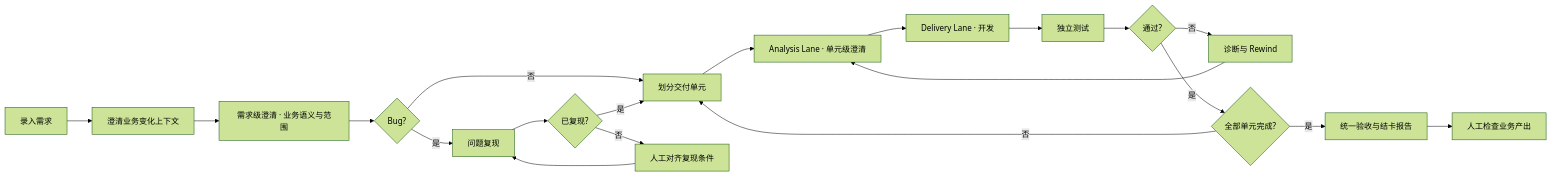
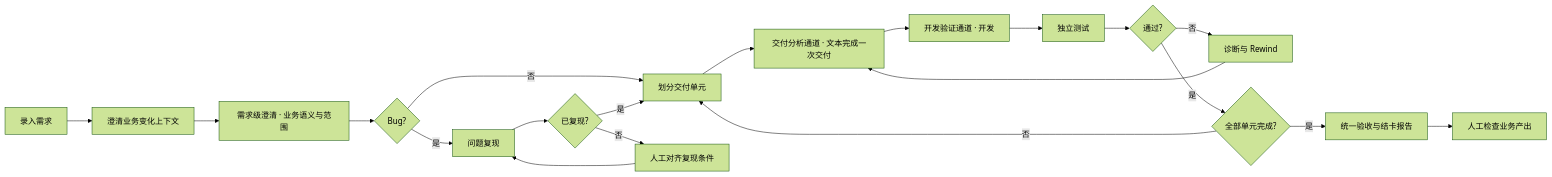
Before and after one commit to InspireChina/ai4se-loop-workflow: the diagram in README.md, drawn with Mermaid (forest theme). The commit also changed other lines of this file and 55 other files, not shown here.

````diff
--- a/README.md
+++ b/README.md
@@ -20,22 +20,22 @@
 ```mermaid
 flowchart LR
     input["录入需求"] --> context["澄清业务变化上下文"]
     context --> intakeClarify["需求级澄清 · 业务语义与范围"]
     intakeClarify --> bug{"Bug?"}
     bug -->|"否"| split["划分交付单元"]
     bug -->|"是"| repro["问题复现"]
     repro --> reproduced{"已复现?"}
     reproduced -->|"否"| reproAlign["人工对齐复现条件"]
     reproAlign --> repro
     reproduced -->|"是"| split
-    split --> unitClarify["Analysis Lane · 单元级澄清"]
-    unitClarify --> dev["Delivery Lane · 开发"]
+    split --> deliveryAnalysis["交付分析通道 · 文本完成一次交付"]
+    deliveryAnalysis --> dev["开发验证通道 · 开发"]
     dev --> test["独立测试"]
     test --> passed{"通过?"}
     passed -->|"否"| rewind["诊断与 Rewind"]
-    rewind --> unitClarify
+    rewind --> deliveryAnalysis
     passed -->|"是"| completed{"全部单元完成?"}
     completed -->|"否"| split
     completed -->|"是"| review["统一验收与结卡报告"]
     review --> human["人工检查业务产出"]
 ```
````
